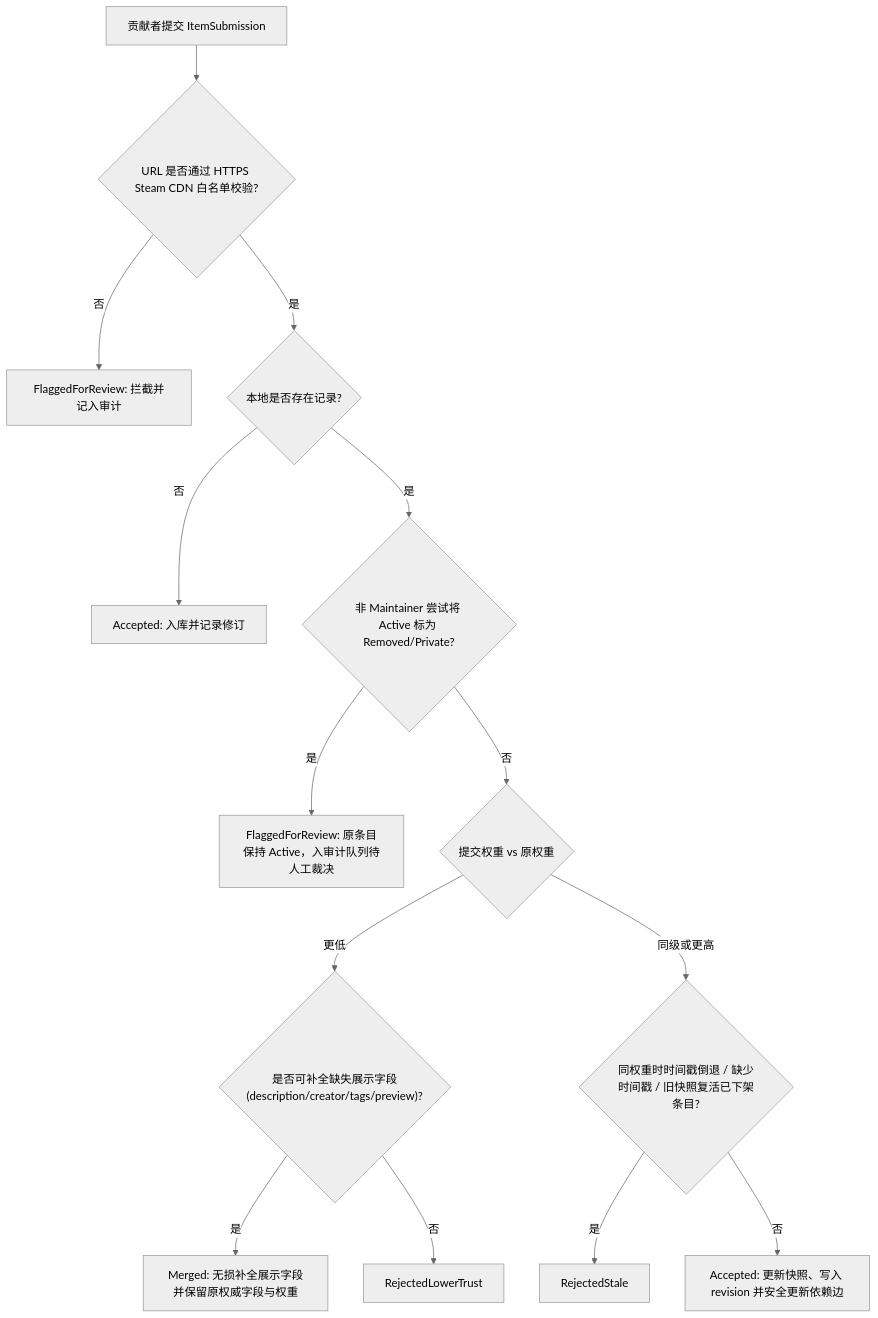
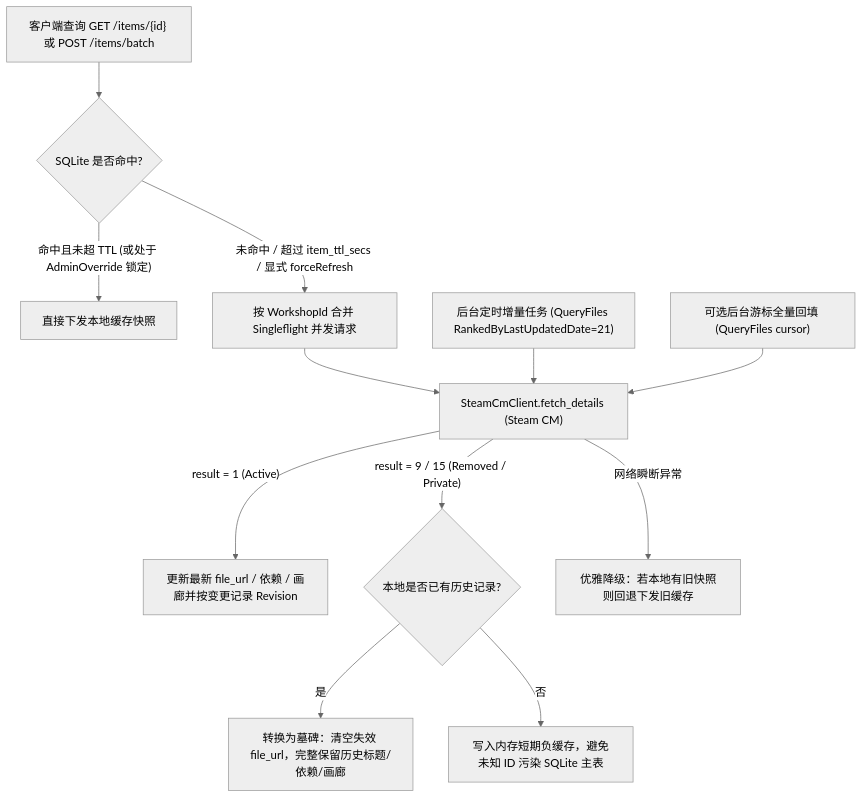
The diagram in docs/architecture/07-catalog-backend.md (FallenCrystal/Left4Addons), drawn with Mermaid (neutral theme) before and after one commit. The commit also changed other lines of this file and 58 other files, not shown here.

````diff
--- a/docs/architecture/07-catalog-backend.md
+++ b/docs/architecture/07-catalog-backend.md
@@ -20,16 +15,15 @@
 ```mermaid
 flowchart TD
-    Sub["贡献者提交 ItemSubmission"] --> CheckUrl{"URL 是否通过 HTTPS Steam CDN 白名单校验?"}
-    CheckUrl -- 否 --> FlagUrl["FlaggedForReview: 拦截并记入审计"]
-    CheckUrl -- 是 --> CheckExist{"本地是否存在记录?"}
-    CheckExist -- 否 --> AcceptNew["Accepted: 入库并记录修订"]
-    CheckExist -- 是 --> CheckTakedown{"非 Maintainer 尝试将 Active 标为 Removed/Private?"}
-    CheckTakedown -- 是 --> Flag["FlaggedForReview: 原条目保持 Active，入审计队列待人工裁决"]
-    CheckTakedown -- 否 --> CompareWeight{"提交权重 vs 原权重"}
-    CompareWeight -- "更低" --> MergeMissing{"是否可补全缺失展示字段(description/creator/tags/preview)?"}
-    MergeMissing -- 是 --> Merged["Merged: 无损补全展示字段并保留原权威字段与权重"]
-    MergeMissing -- 否 --> RejectLow["RejectedLowerTrust"]
-    CompareWeight -- "同级或更高" --> CheckTs{"同权重时时间戳倒退 / 缺少时间戳 / 旧快照复活已下架条目?"}
-    CheckTs -- 是 --> RejectStale["RejectedStale"]
-    CheckTs -- 否 --> AcceptUpd["Accepted: 更新快照、写入 revision 并安全更新依赖边"]
+    Req["客户端查询 GET /items/{id} 或 POST /items/batch"] --> CheckDB{"SQLite 是否命中?"}
+    CheckDB -- "命中且未超 TTL (或处于 AdminOverride 锁定)" --> ServeCache["直接下发本地缓存快照"]
+    CheckDB -- "未命中 / 超过 item_ttl_secs / 显式 forceRefresh" --> Singleflight["按 WorkshopId 合并 Singleflight 并发请求"]
+    Singleflight --> CallCM["SteamCmClient.fetch_details (Steam CM)"]
+    CallCM -- "result = 1 (Active)" --> Upsert["更新最新 file_url / 依赖 / 画廊并按变更记录 Revision"]
+    CallCM -- "result = 9 / 15 (Removed / Private)" --> CheckKnown{"本地是否已有历史记录?"}
+    CheckKnown -- "是" --> Tombstone["转换为墓碑：清空失效 file_url，完整保留历史标题/依赖/画廊"]
+    CheckKnown -- "否" --> NegCache["写入内存短期负缓存，避免未知 ID 污染 SQLite 主表"]
+    CallCM -- "网络瞬断异常" --> Fallback["优雅降级：若本地有旧快照则回退下发旧缓存"]
+
+    CronInc["后台定时增量任务 (QueryFiles RankedByLastUpdatedDate=21)"] --> CallCM
+    CronBackfill["可选后台游标全量回填 (QueryFiles cursor)"] --> CallCM
 ```
````
